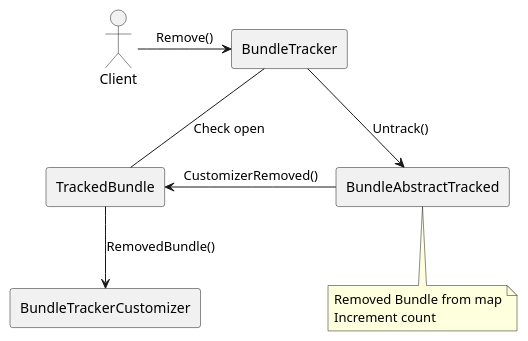
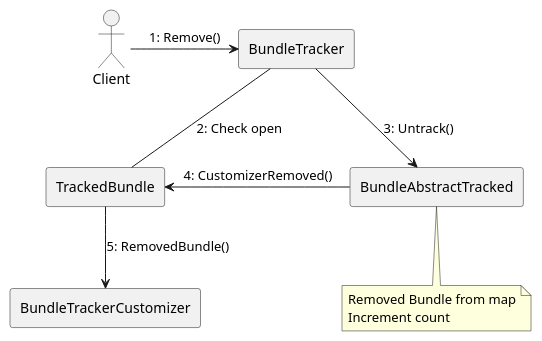
One commit to CppMicroServices/rfcs changed the diagram in text/0009-BundleTracker-integration/manrem_bundletracker.puml. Above: the diagram before and after it, drawn with PlantUML. The commit also changed 12 other files, not shown here.

Commit message:
Add numbering to communication diagrams

```diff
--- a/text/0009-BundleTracker-integration/manrem_bundletracker.puml
+++ b/text/0009-BundleTracker-integration/manrem_bundletracker.puml
@@ -1,20 +1,20 @@
 @startuml manrembundle_diagram
 :Client: as Client
 
 rectangle "BundleTracker" as BT
 'rectangle "BundleTrackerPrivate" as BTP
 rectangle "TrackedBundle" as TB
 'rectangle "BundleContext" as BC
 rectangle "BundleAbstractTracked" as BAT
 rectangle "BundleTrackerCustomizer" as BTC
 
-Client -> BT : Remove()
-BT -d- TB : Check open
-BT -> BAT : Untrack()
-TB <- BAT : CustomizerRemoved()
-TB -d-> BTC : RemovedBundle()
+Client -> BT : 1: Remove()
+BT -d- TB : 2: Check open
+BT -> BAT : 3: Untrack()
+TB <- BAT : 4: CustomizerRemoved()
+TB -d-> BTC : 5: RemovedBundle()
 
 note bottom of BAT : Removed Bundle from map\nIncrement count
 
 
 @enduml
```
